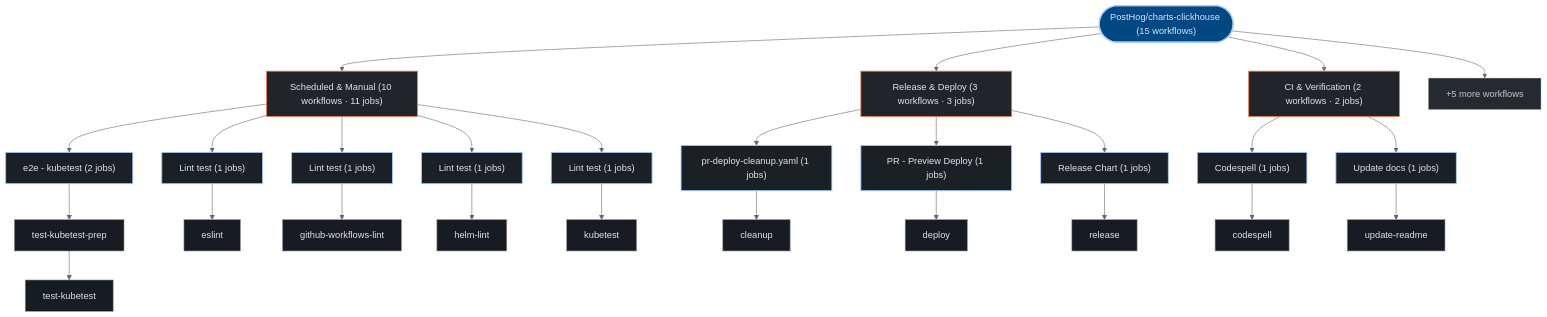
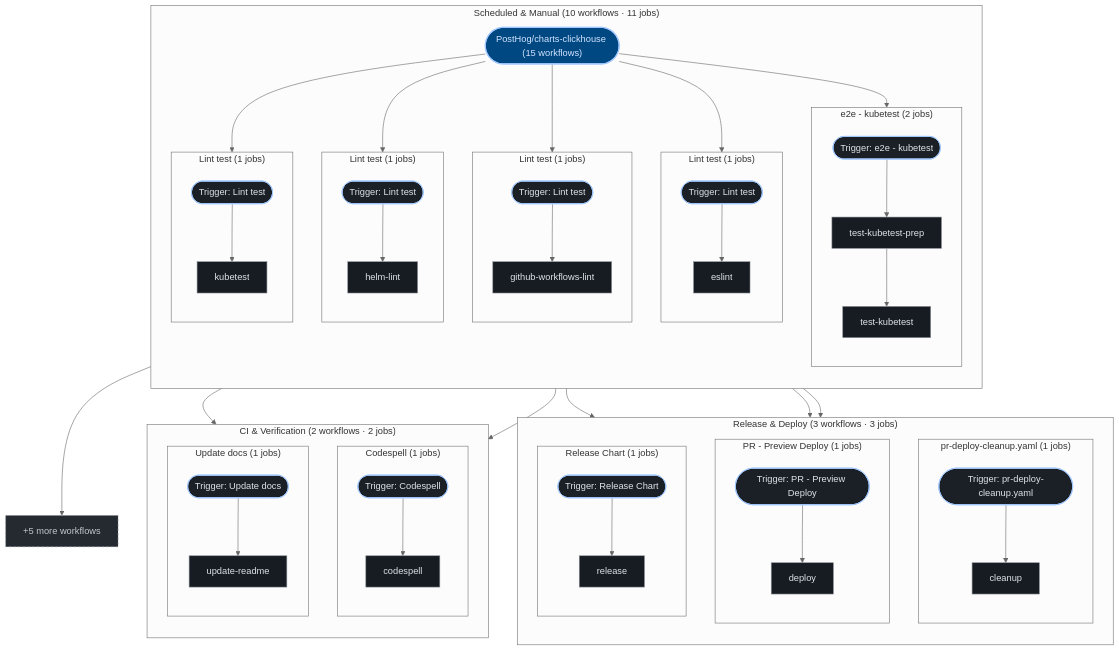
The third of 3 diagrams in exports/latest/reports/PostHog-charts-clickhouse-report.md (kumarshaz/atruss-code-atlas), drawn with Mermaid (neutral theme) before and after one commit. The commit also changed 181 other files, not shown here.

````diff
--- a/exports/latest/reports/PostHog-charts-clickhouse-report.md
+++ b/exports/latest/reports/PostHog-charts-clickhouse-report.md
@@ -260,54 +260,87 @@
   classDef atlasAlert fill:#93000a,stroke:#ffb4ab,stroke-width:1.5px,color:#ffdad6
   classDef atlasMore fill:#252a31,stroke:#8d9199,stroke-dasharray:4 4,color:#c3c6cf
   pipeline_root(["PostHog/charts-clickhouse (15 workflows)"]):::atlasRoot
-  grp_0_Scheduled___Manual["Scheduled & Manual (10 workflows · 11 jobs)"]:::atlasCategory
-  pipeline_root --> grp_0_Scheduled___Manual
-  wf_8_e2e___kubetest["e2e - kubetest (2 jobs)"]:::atlasWorkflow
-  grp_0_Scheduled___Manual --> wf_8_e2e___kubetest
-  job_8_test_kubetest_prep["test-kubetest-prep"]:::atlasJob
-  job_8_test_kubetest["test-kubetest"]:::atlasJob
-  wf_8_e2e___kubetest --> job_8_test_kubetest_prep
-  job_8_test_kubetest_prep --> job_8_test_kubetest
-  wf_9_Lint_test["Lint test (1 jobs)"]:::atlasWorkflow
-  grp_0_Scheduled___Manual --> wf_9_Lint_test
-  job_9_eslint["eslint"]:::atlasJob
-  wf_9_Lint_test --> job_9_eslint
-  wf_10_Lint_test["Lint test (1 jobs)"]:::atlasWorkflow
-  grp_0_Scheduled___Manual --> wf_10_Lint_test
-  job_10_github_workflows_lint["github-workflows-lint"]:::atlasJob
-  wf_10_Lint_test --> job_10_github_workflows_lint
-  wf_11_Lint_test["Lint test (1 jobs)"]:::atlasWorkflow
-  grp_0_Scheduled___Manual --> wf_11_Lint_test
-  job_11_helm_lint["helm-lint"]:::atlasJob
-  wf_11_Lint_test --> job_11_helm_lint
-  wf_12_Lint_test["Lint test (1 jobs)"]:::atlasWorkflow
-  grp_0_Scheduled___Manual --> wf_12_Lint_test
-  job_12_kubetest["kubetest"]:::atlasJob
-  wf_12_Lint_test --> job_12_kubetest
-  grp_1_Release___Deploy["Release & Deploy (3 workflows · 3 jobs)"]:::atlasCategory
-  pipeline_root --> grp_1_Release___Deploy
-  wf_1_pr_deploy_cleanup_yaml["pr-deploy-cleanup.yaml (1 jobs)"]:::atlasWorkflow
-  grp_1_Release___Deploy --> wf_1_pr_deploy_cleanup_yaml
-  job_1_cleanup["cleanup"]:::atlasJob
-  wf_1_pr_deploy_cleanup_yaml --> job_1_cleanup
-  wf_2_PR___Preview_Deploy["PR - Preview Deploy (1 jobs)"]:::atlasWorkflow
-  grp_1_Release___Deploy --> wf_2_PR___Preview_Deploy
-  job_2_deploy["deploy"]:::atlasJob
-  wf_2_PR___Preview_Deploy --> job_2_deploy
-  wf_3_Release_Chart["Release Chart (1 jobs)"]:::atlasWorkflow
-  grp_1_Release___Deploy --> wf_3_Release_Chart
-  job_3_release["release"]:::atlasJob
-  wf_3_Release_Chart --> job_3_release
-  grp_2_CI___Verification["CI & Verification (2 workflows · 2 jobs)"]:::atlasCategory
-  pipeline_root --> grp_2_CI___Verification
-  wf_0_Codespell["Codespell (1 jobs)"]:::atlasWorkflow
-  grp_2_CI___Verification --> wf_0_Codespell
-  job_0_codespell["codespell"]:::atlasJob
-  wf_0_Codespell --> job_0_codespell
-  wf_14_Update_docs["Update docs (1 jobs)"]:::atlasWorkflow
-  grp_2_CI___Verification --> wf_14_Update_docs
-  job_14_update_readme["update-readme"]:::atlasJob
-  wf_14_Update_docs --> job_14_update_readme
+  subgraph sg_grp_0_Scheduled___Manual["Scheduled & Manual (10 workflows · 11 jobs)"]
+    direction TB
+    subgraph sg_wf_8_e2e___kubetest["e2e - kubetest (2 jobs)"]
+      direction TB
+      wf_8_e2e___kubetest(["Trigger: e2e - kubetest"]):::atlasWorkflow
+      job_8_test_kubetest_prep["test-kubetest-prep"]:::atlasJob
+      job_8_test_kubetest["test-kubetest"]:::atlasJob
+      wf_8_e2e___kubetest --> job_8_test_kubetest_prep
+      job_8_test_kubetest_prep --> job_8_test_kubetest
+    end
+    pipeline_root --> wf_8_e2e___kubetest
+    subgraph sg_wf_9_Lint_test["Lint test (1 jobs)"]
+      direction TB
+      wf_9_Lint_test(["Trigger: Lint test"]):::atlasWorkflow
+      job_9_eslint["eslint"]:::atlasJob
+      wf_9_Lint_test --> job_9_eslint
+    end
+    pipeline_root --> wf_9_Lint_test
+    subgraph sg_wf_10_Lint_test["Lint test (1 jobs)"]
+      direction TB
+      wf_10_Lint_test(["Trigger: Lint test"]):::atlasWorkflow
+      job_10_github_workflows_lint["github-workflows-lint"]:::atlasJob
+      wf_10_Lint_test --> job_10_github_workflows_lint
+    end
+    pipeline_root --> wf_10_Lint_test
+    subgraph sg_wf_11_Lint_test["Lint test (1 jobs)"]
+      direction TB
+      wf_11_Lint_test(["Trigger: Lint test"]):::atlasWorkflow
+      job_11_helm_lint["helm-lint"]:::atlasJob
+      wf_11_Lint_test --> job_11_helm_lint
+    end
+    pipeline_root --> wf_11_Lint_test
+    subgraph sg_wf_12_Lint_test["Lint test (1 jobs)"]
+      direction TB
+      wf_12_Lint_test(["Trigger: Lint test"]):::atlasWorkflow
+      job_12_kubetest["kubetest"]:::atlasJob
+      wf_12_Lint_test --> job_12_kubetest
+    end
+    pipeline_root --> wf_12_Lint_test
+  end
+  subgraph sg_grp_1_Release___Deploy["Release & Deploy (3 workflows · 3 jobs)"]
+    direction TB
+    subgraph sg_wf_1_pr_deploy_cleanup_yaml["pr-deploy-cleanup.yaml (1 jobs)"]
+      direction TB
+      wf_1_pr_deploy_cleanup_yaml(["Trigger: pr-deploy-cleanup.yaml"]):::atlasWorkflow
+      job_1_cleanup["cleanup"]:::atlasJob
+      wf_1_pr_deploy_cleanup_yaml --> job_1_cleanup
+    end
+    pipeline_root --> wf_1_pr_deploy_cleanup_yaml
+    subgraph sg_wf_2_PR___Preview_Deploy["PR - Preview Deploy (1 jobs)"]
+      direction TB
+      wf_2_PR___Preview_Deploy(["Trigger: PR - Preview Deploy"]):::atlasWorkflow
+      job_2_deploy["deploy"]:::atlasJob
+      wf_2_PR___Preview_Deploy --> job_2_deploy
+    end
+    pipeline_root --> wf_2_PR___Preview_Deploy
+    subgraph sg_wf_3_Release_Chart["Release Chart (1 jobs)"]
+      direction TB
+      wf_3_Release_Chart(["Trigger: Release Chart"]):::atlasWorkflow
+      job_3_release["release"]:::atlasJob
+      wf_3_Release_Chart --> job_3_release
+    end
+    pipeline_root --> wf_3_Release_Chart
+  end
+  subgraph sg_grp_2_CI___Verification["CI & Verification (2 workflows · 2 jobs)"]
+    direction TB
+    subgraph sg_wf_0_Codespell["Codespell (1 jobs)"]
+      direction TB
+      wf_0_Codespell(["Trigger: Codespell"]):::atlasWorkflow
+      job_0_codespell["codespell"]:::atlasJob
+      wf_0_Codespell --> job_0_codespell
+    end
+    pipeline_root --> wf_0_Codespell
+    subgraph sg_wf_14_Update_docs["Update docs (1 jobs)"]
+      direction TB
+      wf_14_Update_docs(["Trigger: Update docs"]):::atlasWorkflow
+      job_14_update_readme["update-readme"]:::atlasJob
+      wf_14_Update_docs --> job_14_update_readme
+    end
+    pipeline_root --> wf_14_Update_docs
+  end
   wf_more["+5 more workflows"]:::atlasMore
   pipeline_root --> wf_more
 ```
````
